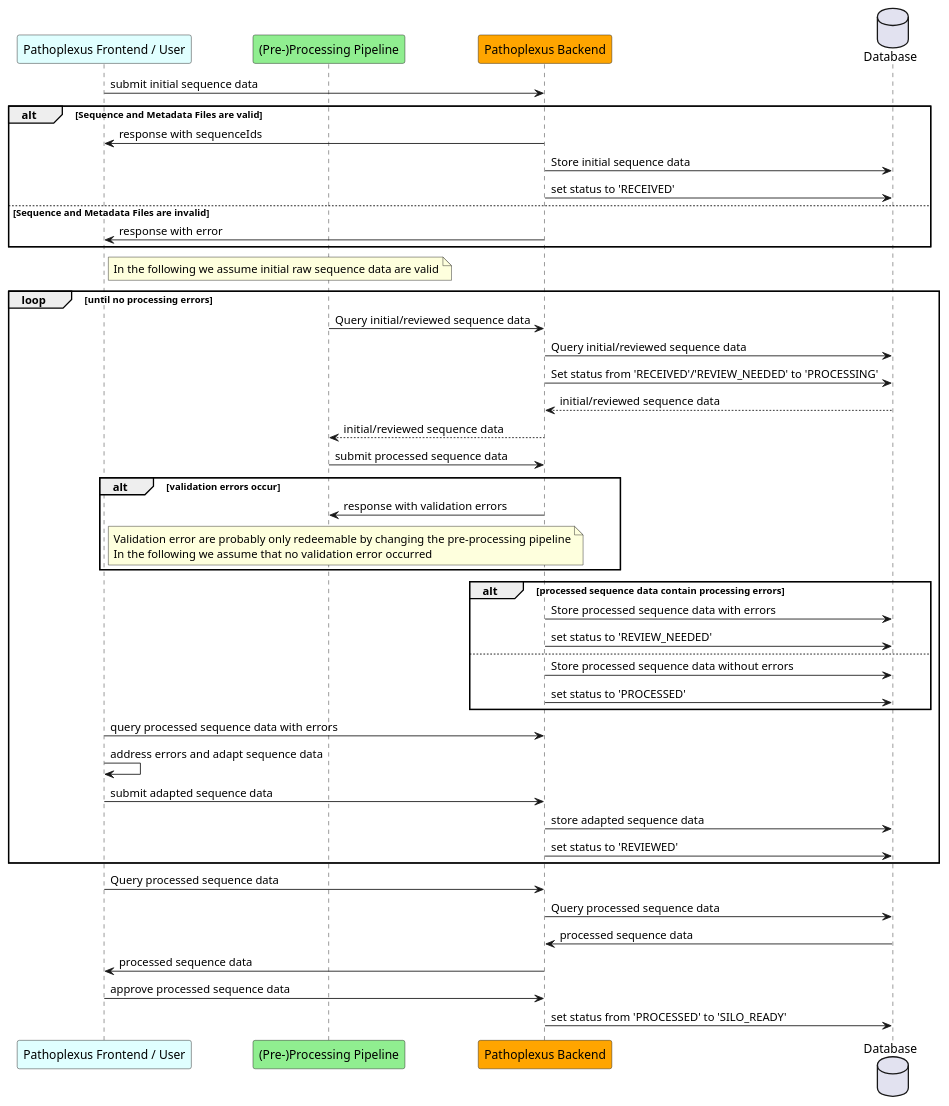
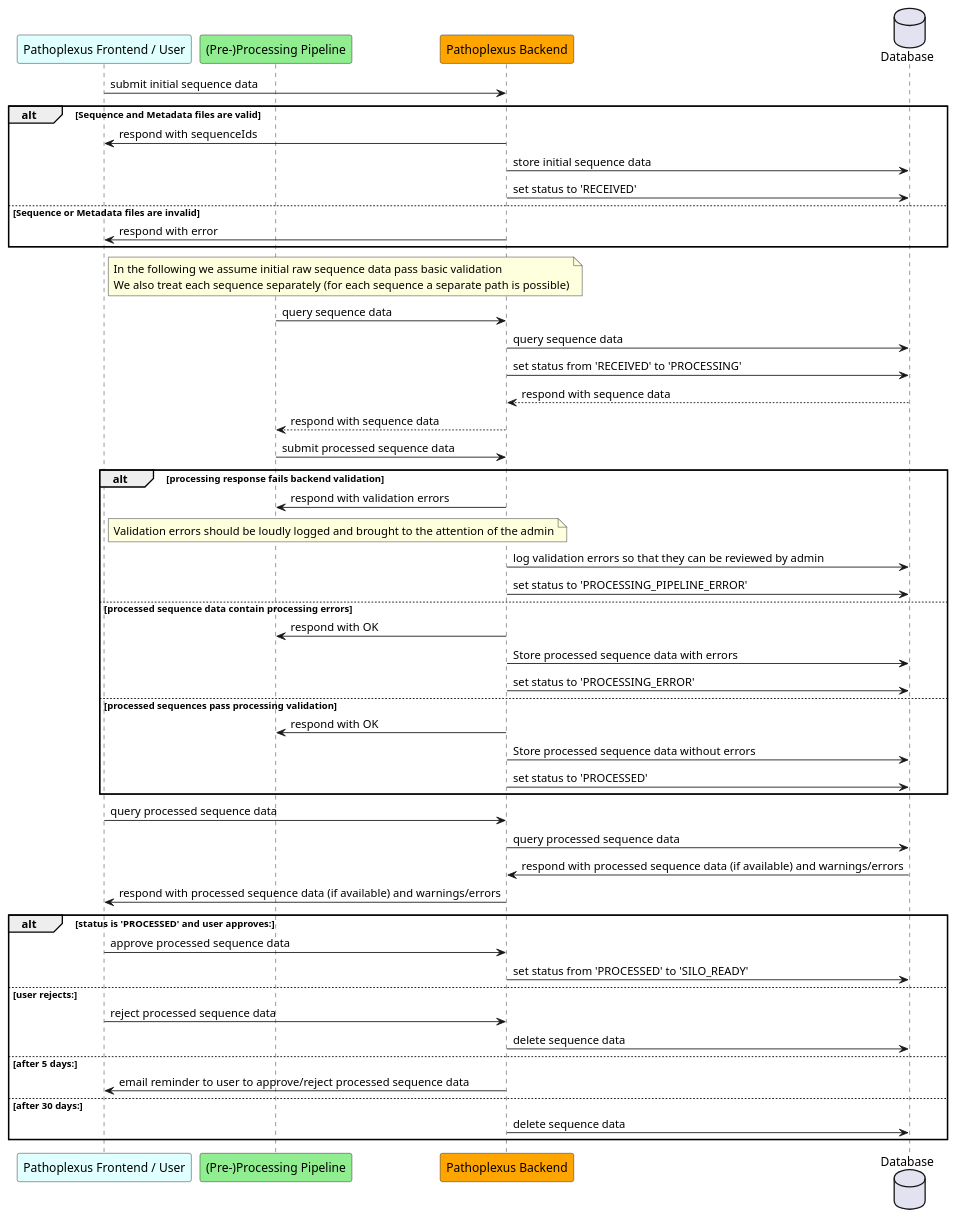
Before and after one commit to loculus-project/loculus: the diagram in backend/docs/plantuml/sequenceInitialSubmission.puml, drawn with PlantUML. The commit also changed 7 other files, not shown here.

First line of the commit message:
doc(backend): propose simpler submission flow

```diff
--- a/backend/docs/plantuml/sequenceInitialSubmission.puml
+++ b/backend/docs/plantuml/sequenceInitialSubmission.puml
@@ -1,61 +1,62 @@
-@startuml
+@startuml sequenceInitialSubmission
     participant "Pathoplexus Frontend / User" as frontend #LightCyan
     participant "(Pre-)Processing Pipeline" as processing #LightGreen
     participant "Pathoplexus Backend" as backend #Orange
     database "Database" as DB
 
     frontend -> backend: submit initial sequence data
-    alt Sequence and Metadata Files are valid
-        backend -> frontend: response with sequenceIds
-        backend -> DB: Store initial sequence data
+    alt Sequence and Metadata files are valid
+        backend -> frontend: respond with sequenceIds
+        backend -> DB: store initial sequence data
         backend -> DB: set status to 'RECEIVED'
-    else Sequence and Metadata Files are invalid
-        backend -> frontend: response with error
+    else Sequence or Metadata files are invalid
+        backend -> frontend: respond with error
     end
 
-   note right of frontend
-      In the following we assume initial raw sequence data are valid
-   end note
+    note right of frontend
+        In the following we assume initial raw sequence data pass basic validation
+        We also treat each sequence separately (for each sequence a separate path is possible)
+    end note
 
-    loop until no processing errors
+    processing -> backend: query sequence data
+    backend -> DB: query sequence data
+    backend -> DB: set status from 'RECEIVED' to 'PROCESSING'
+    DB --> backend: respond with sequence data
+    backend --> processing: respond with sequence data
 
-        processing -> backend: Query initial/reviewed sequence data
-        backend -> DB: Query initial/reviewed sequence data
-        backend -> DB: Set status from 'RECEIVED'/'REVIEW_NEEDED' to 'PROCESSING'
-        DB --> backend: initial/reviewed sequence data
-        backend --> processing: initial/reviewed sequence data
+    processing -> backend: submit processed sequence data
+    alt processing response fails backend validation
+        backend -> processing: respond with validation errors
+            note right of frontend
+                Validation errors should be loudly logged and brought to the attention of the admin
+            end note
+        backend -> DB: log validation errors so that they can be reviewed by admin
+        backend -> DB: set status to 'PROCESSING_PIPELINE_ERROR'
+    else processed sequence data contain processing errors
+        backend -> processing: respond with OK
+        backend -> DB: Store processed sequence data with errors
+        backend -> DB: set status to 'PROCESSING_ERROR'
+    else processed sequences pass processing validation
+        backend -> processing: respond with OK
+        backend -> DB: Store processed sequence data without errors
+        backend -> DB: set status to 'PROCESSED'
+    end
 
-        processing -> backend: submit processed sequence data
-        alt validation errors occur
-            backend -> processing: response with validation errors
-             note right of frontend
-                  Validation error are probably only redeemable by changing the pre-processing pipeline
-                  In the following we assume that no validation error occurred
-               end note
-        end loop
+    frontend -> backend: query processed sequence data
+    backend -> DB: query processed sequence data
+    DB -> backend: respond with processed sequence data (if available) and warnings/errors
+    backend -> frontend: respond with processed sequence data (if available) and warnings/errors
 
-        alt processed sequence data contain processing errors
-            backend -> DB: Store processed sequence data with errors
-            backend -> DB: set status to 'REVIEW_NEEDED'
-        else
-            backend -> DB: Store processed sequence data without errors
-            backend -> DB: set status to 'PROCESSED'
-        end
-         frontend -> backend: query processed sequence data with errors
-        frontend -> frontend: address errors and adapt sequence data
-
-        frontend -> backend: submit adapted sequence data
-        backend -> DB: store adapted sequence data
-        backend -> DB: set status to 'REVIEWED'
-    end loop
-
-
-    frontend -> backend: Query processed sequence data
-    backend -> DB: Query processed sequence data
-    DB -> backend: processed sequence data
-    backend -> frontend: processed sequence data
-
-    frontend -> backend: approve processed sequence data
-    backend -> DB: set status from 'PROCESSED' to 'SILO_READY'
+    alt status is 'PROCESSED' and user approves:
+        frontend -> backend: approve processed sequence data 
+        backend -> DB: set status from 'PROCESSED' to 'SILO_READY'
+    else user rejects:
+        frontend -> backend: reject processed sequence data 
+        backend -> DB: delete sequence data
+    else after 5 days:
+        backend -> frontend: email reminder to user to approve/reject processed sequence data
+    else after 30 days:
+        backend -> DB: delete sequence data
+    end
 
 @enduml
```
